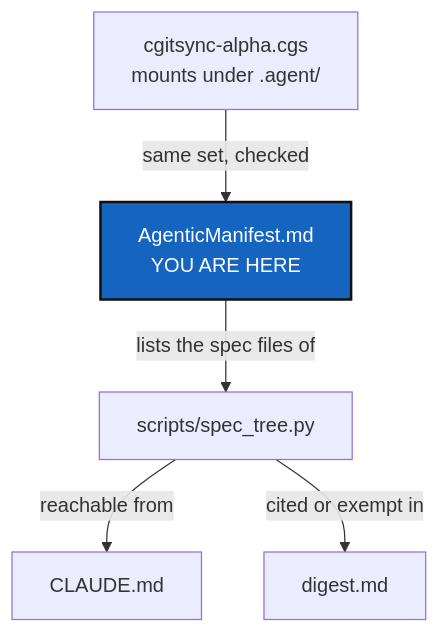
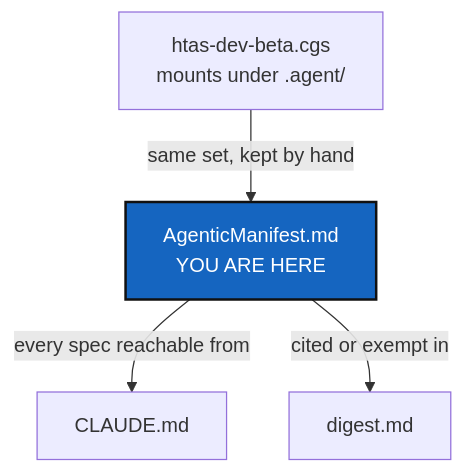
The diagram in AgenticManifest.md (flipoyo/.localSpec), drawn with Mermaid before and after one commit. The commit also changed other lines of this file and 4 other files, not shown here.

````diff
--- a/AgenticManifest.md
+++ b/AgenticManifest.md
@@ -31,10 +31,9 @@
 ```mermaid
 graph TD
-    CGS["cgitsync-alpha.cgs<br/>mounts under .agent/"] -->|same set, checked| M["AgenticManifest.md<br/>YOU ARE HERE"]
-    M -->|lists the spec files of| SPEC["scripts/spec_tree.py"]
-    SPEC -->|reachable from| ROOT["CLAUDE.md"]
-    SPEC -->|cited or exempt in| DIG["digest.md"]
+    CGS["htas-dev-beta.cgs<br/>mounts under .agent/"] -->|same set, kept by hand| M["AgenticManifest.md<br/>YOU ARE HERE"]
+    M -->|every spec reachable from| ROOT["CLAUDE.md"]
+    M -->|cited or exempt in| DIG["digest.md"]
 
     classDef here fill:#1565C0,color:#fff,stroke:#111,stroke-width:2px;
     class M here;
 ```
````
